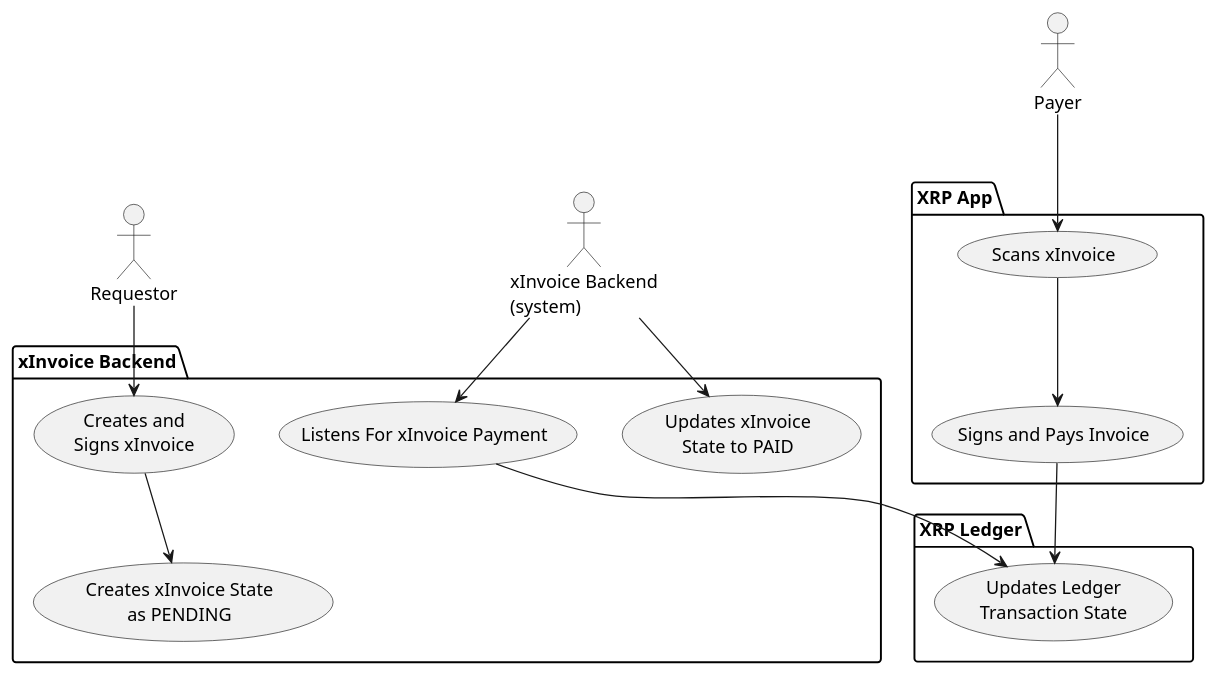
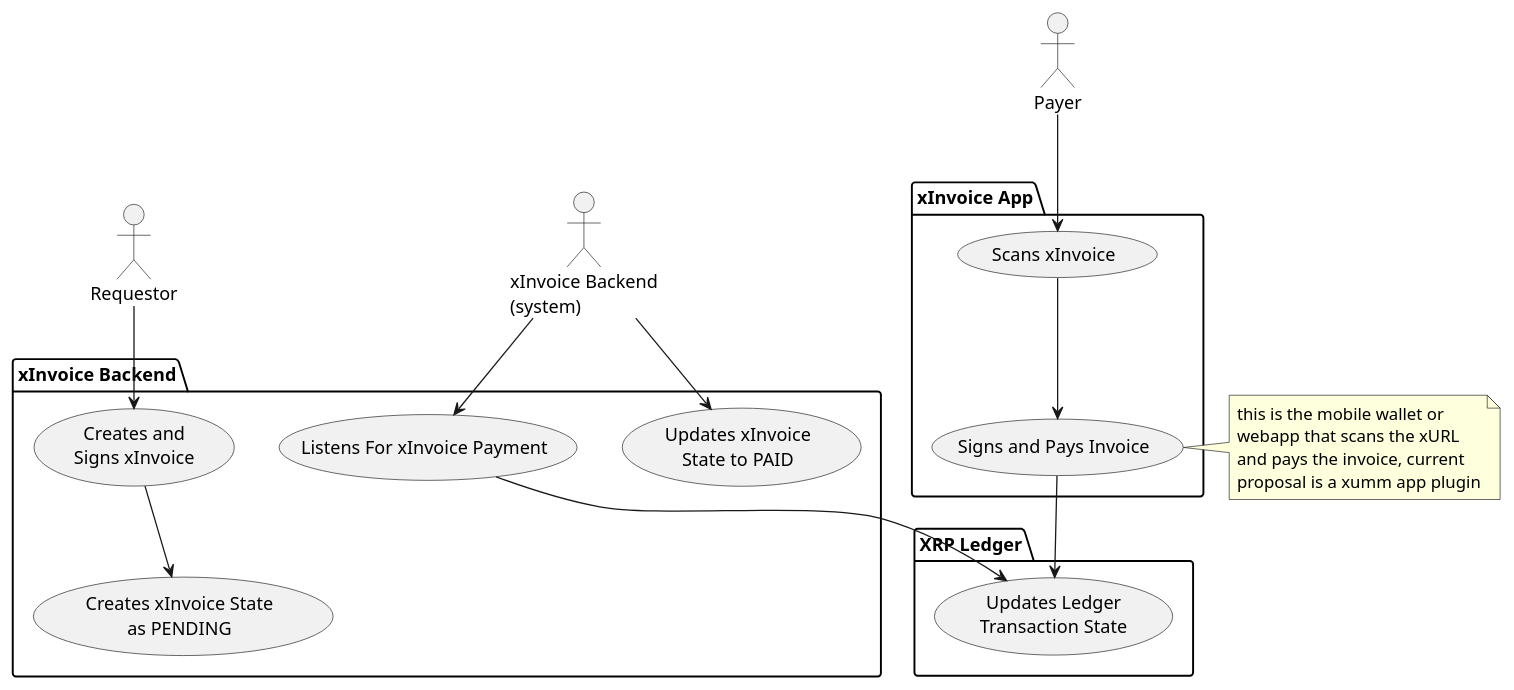
One commit to claytantor/xrpl-poc-python changed the diagram in docs/xinvoice-use.puml. Above: the diagram before and after it, drawn with PlantUML. The commit also changed 9 other files, not shown here.

Commit message:
updated uml creation process

```diff
--- a/docs/xinvoice-use.puml
+++ b/docs/xinvoice-use.puml
@@ -1,41 +1,46 @@
 @startuml xinvoice_use
 
 actor :Requestor: as Requestor
 actor :Payer: as Payer
 actor :xInvoice Backend\n(system): as Backend
 
-package "XRP App" {
-    
+package "xInvoice App" {
     (Scans xInvoice)
     (Signs and Pays Invoice)
 }
+note right
+this is the mobile wallet or 
+webapp that scans the xURL 
+and pays the invoice, current 
+proposal is a xumm app plugin
+end note
 
 package "XRP Ledger" {
     (Updates Ledger\nTransaction State)
 }
 
 package "xInvoice Backend" {
     (Creates and\nSigns xInvoice)
     (Listens For xInvoice Payment)
     (Creates xInvoice State\nas PENDING)
     (Updates xInvoice\nState to PAID)
 }
 
 'creation
 Requestor-->(Creates and\nSigns xInvoice)
 (Creates and\nSigns xInvoice)-->(Creates xInvoice State\nas PENDING)
 
 ' payment
 Payer-->(Scans xInvoice)
 (Scans xInvoice)-->(Signs and Pays Invoice)
 (Signs and Pays Invoice)-->(Updates Ledger\nTransaction State)
 
 'backend updates
 Backend-->(Listens For xInvoice Payment)
 Backend-->(Updates xInvoice\nState to PAID)
 (Listens For xInvoice Payment)-->(Updates Ledger\nTransaction State)
 
 
 
 
 @enduml
```
